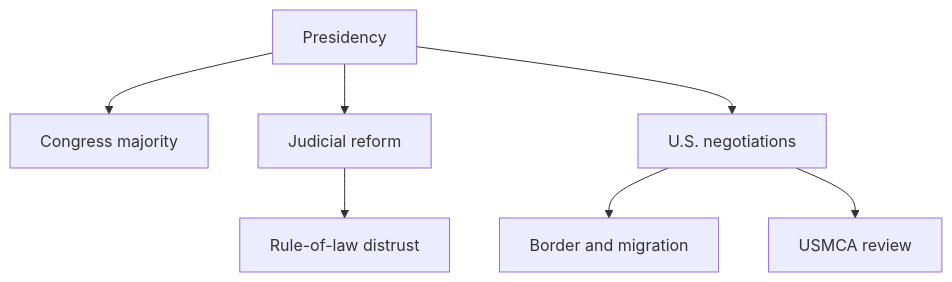
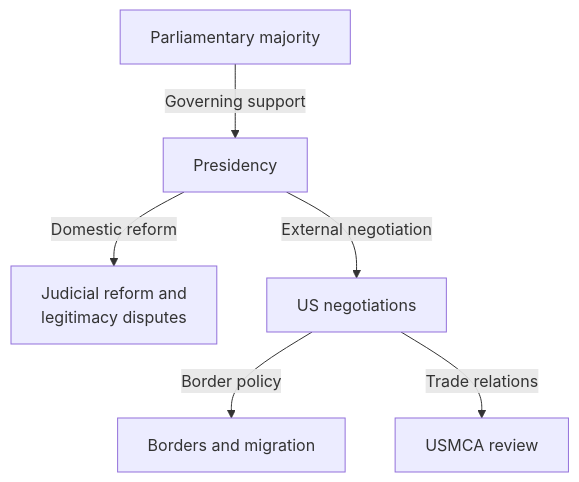
Before and after one commit to daylight55/research: the first of 2 diagrams in articles/report/mexico-geopolitical-profile/en/index.mdx, drawn with Mermaid. The commit also changed other lines of this file and 181 other files, not shown here.

First line of the commit message:
全記事の図解368点を再生成し、共通注意書きを削除 (#402)

````diff
--- a/articles/report/mexico-geopolitical-profile/en/index.mdx
+++ b/articles/report/mexico-geopolitical-profile/en/index.mdx
@@ -26,9 +26,16 @@
 ```mermaid
 flowchart TD
-  A["Presidency"] --> B["Congress majority"]
-  A --> C["Judicial reform"]
-  A --> D["U.S. negotiations"]
-  D --> E["Border and migration"]
-  D --> F["USMCA review"]
-  C --> G["Rule-of-law distrust"]
+  accTitle: Mexico's domestic reforms and US negotiations
+  accDescr: Separate the domestic axis of parliamentary support and judicial reform from the US axis of borders, migration and USMCA.
+  N0["Presidency"]
+  N1["Parliamentary majority"]
+  N2["Judicial reform and<br/>legitimacy disputes"]
+  N3["US negotiations"]
+  N4["Borders and migration"]
+  N5["USMCA review"]
+  N1 -->|Governing support| N0
+  N0 -->|Domestic reform| N2
+  N0 -->|External negotiation| N3
+  N3 -->|Border policy| N4
+  N3 -->|Trade relations| N5
 ```
````
